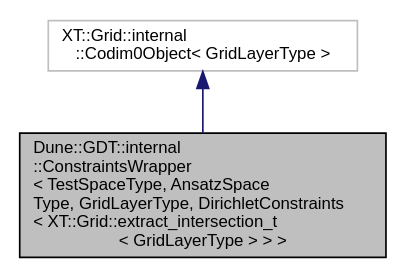
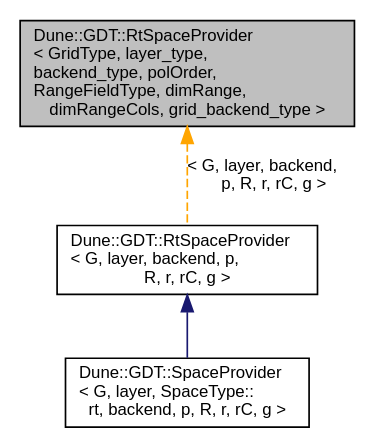
One commit to dune-community/dune-community.github.io changed the diagram in docs/dune-gdt/master/a01176.dot. Above: the diagram before and after it, drawn with Graphviz. The commit also changed 2969 other files, not shown here.

Commit message:
Updated documentation for dune-gdt master

```diff
--- a/docs/dune-gdt/master/a01176.dot
+++ b/docs/dune-gdt/master/a01176.dot
@@ -1,8 +1,10 @@
-digraph "Dune::GDT::internal::ConstraintsWrapper&lt; TestSpaceType, AnsatzSpaceType, GridLayerType, DirichletConstraints&lt; XT::Grid::extract_intersection_t&lt; GridLayerType &gt; &gt; &gt;"
+digraph "Dune::GDT::RtSpaceProvider&lt; GridType, layer_type, backend_type, polOrder, RangeFieldType, dimRange, dimRangeCols, grid_backend_type &gt;"
 {
   edge [fontname="Helvetica",fontsize="10",labelfontname="Helvetica",labelfontsize="10"];
   node [fontname="Helvetica",fontsize="10",shape=record];
-  Node1 [label="Dune::GDT::internal\l::ConstraintsWrapper\l\< TestSpaceType, AnsatzSpace\lType, GridLayerType, DirichletConstraints\l\< XT::Grid::extract_intersection_t\l\< GridLayerType \> \> \>",height=0.2,width=0.4,color="black", fillcolor="grey75", style="filled", fontcolor="black"];
-  Node2 -> Node1 [dir="back",color="midnightblue",fontsize="10",style="solid",fontname="Helvetica"];
-  Node2 [label="XT::Grid::internal\l::Codim0Object\< GridLayerType \>",height=0.2,width=0.4,color="grey75", fillcolor="white", style="filled"];
+  Node1 [label="Dune::GDT::RtSpaceProvider\l\< GridType, layer_type,\l backend_type, polOrder,\l RangeFieldType, dimRange,\l dimRangeCols, grid_backend_type \>",height=0.2,width=0.4,color="black", fillcolor="grey75", style="filled", fontcolor="black"];
+  Node1 -> Node2 [dir="back",color="orange",fontsize="10",style="dashed",label=" \< G, layer, backend,\l p, R, r, rC, g \>" ,fontname="Helvetica"];
+  Node2 [label="Dune::GDT::RtSpaceProvider\l\< G, layer, backend, p,\l R, r, rC, g \>",height=0.2,width=0.4,color="black", fillcolor="white", style="filled",URL="$a00472.html"];
+  Node2 -> Node3 [dir="back",color="midnightblue",fontsize="10",style="solid",fontname="Helvetica"];
+  Node3 [label="Dune::GDT::SpaceProvider\l\< G, layer, SpaceType::\lrt, backend, p, R, r, rC, g \>",height=0.2,width=0.4,color="black", fillcolor="white", style="filled",URL="$a00488.html"];
 }
```
